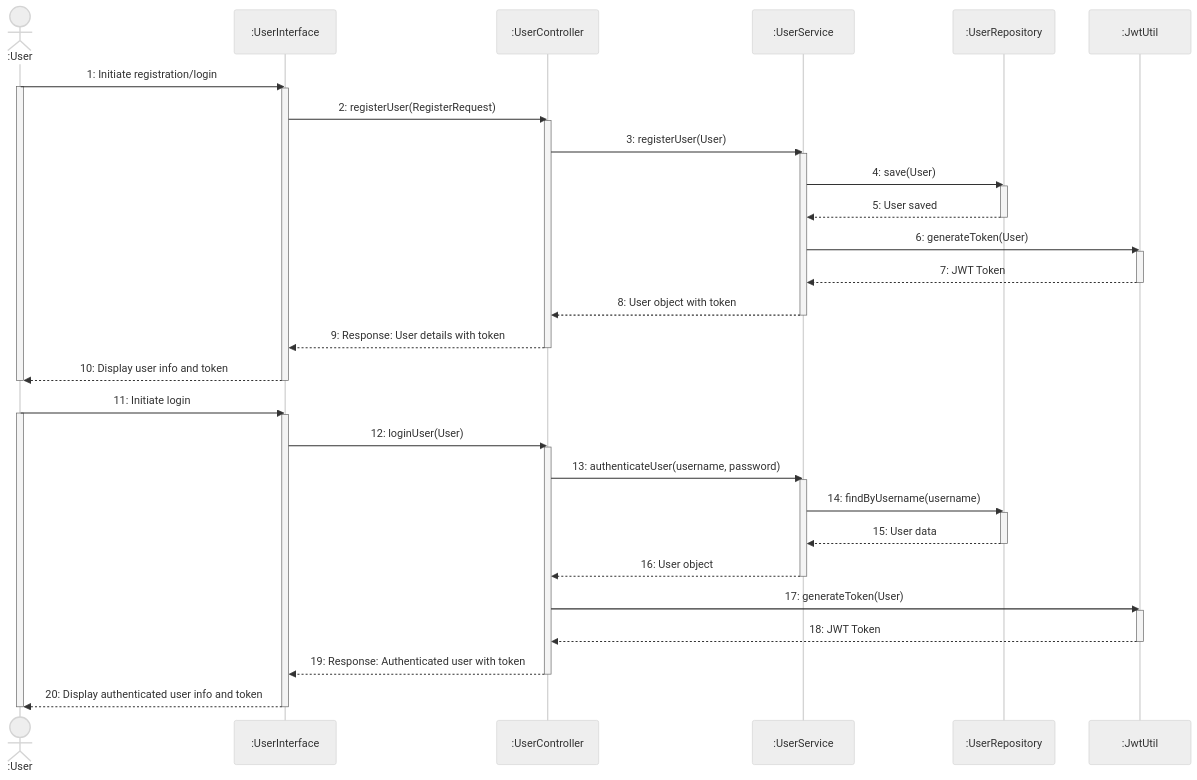
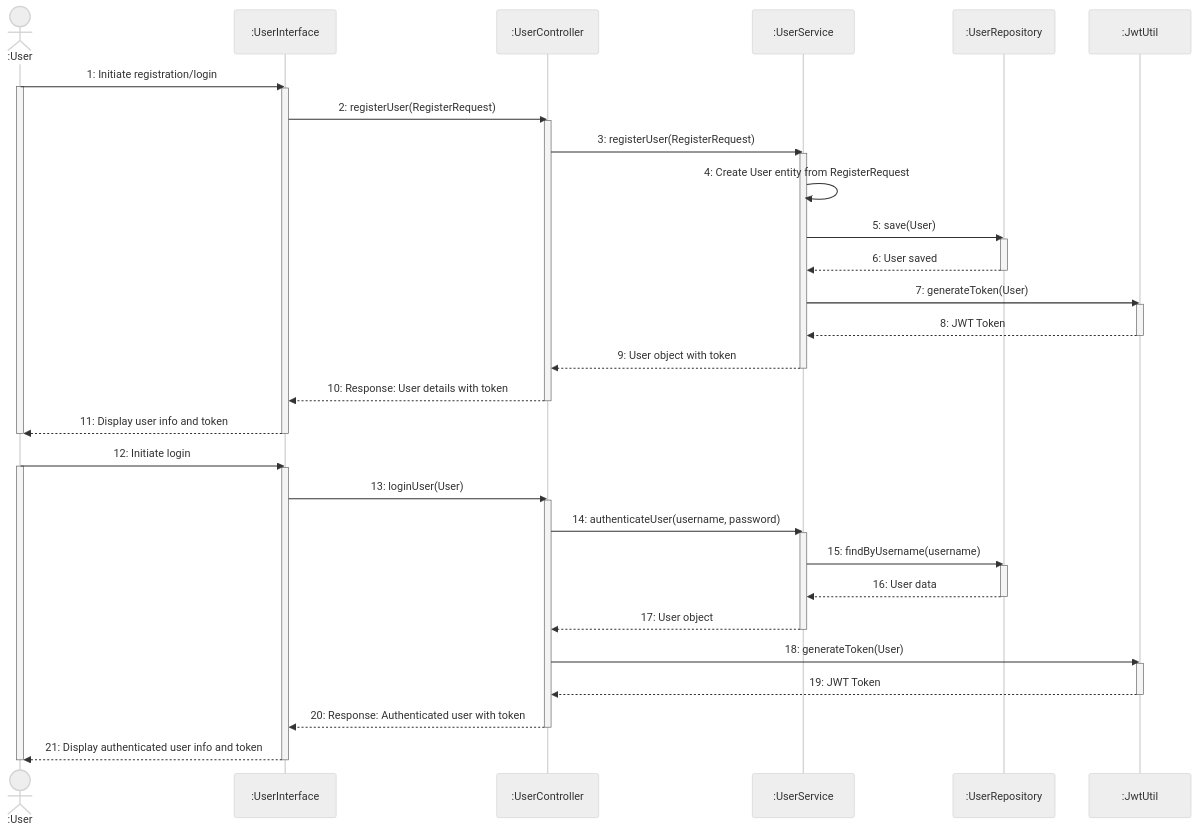
Before and after one commit to lightmon233/Memento: the third of 14 diagrams in README.md, drawn with Mermaid (neutral theme). The commit also changed other lines of this file, not shown here.

````diff
--- a/README.md
+++ b/README.md
@@ -156,53 +156,55 @@
 ```mermaid
 sequenceDiagram
     actor User as :User
     participant UserInterface as :UserInterface
     participant UserController as :UserController
     participant UserService as :UserService
     participant UserRepository as :UserRepository
     participant JwtUtil as :JwtUtil
     User->>UserInterface: 1: Initiate registration/login
     activate User
     activate UserInterface
     UserInterface->>UserController: 2: registerUser(RegisterRequest)
     activate UserController
-    UserController->>UserService: 3: registerUser(User)
+    UserController->>UserService: 3: registerUser(RegisterRequest)
     activate UserService
-    UserService->>UserRepository: 4: save(User)
+    UserService->>UserService: 4: Create User entity from RegisterRequest
+    UserService->>UserRepository: 5: save(User)
     activate UserRepository
-    UserRepository-->>UserService: 5: User saved
+    UserRepository-->>UserService: 6: User saved
     deactivate UserRepository
-    UserService->>JwtUtil: 6: generateToken(User)
+    UserService->>JwtUtil: 7: generateToken(User)
     activate JwtUtil
-    JwtUtil-->>UserService: 7: JWT Token
+    JwtUtil-->>UserService: 8: JWT Token
     deactivate JwtUtil
-    UserService-->>UserController: 8: User object with token
+    UserService-->>UserController: 9: User object with token
     deactivate UserService
-    UserController-->>UserInterface: 9: Response: User details with token
+    UserController-->>UserInterface: 10: Response: User details with token
     deactivate UserController
-    UserInterface-->>User: 10: Display user info and token
+    UserInterface-->>User: 11: Display user info and token
     deactivate UserInterface
     deactivate User
-    User->>UserInterface: 11: Initiate login
+    User->>UserInterface: 12: Initiate login
     activate User
     activate UserInterface
-    UserInterface->>UserController: 12: loginUser(User)
+    UserInterface->>UserController: 13: loginUser(User)
     activate UserController
-    UserController->>UserService: 13: authenticateUser(username, password)
+    UserController->>UserService: 14: authenticateUser(username, password)
     activate UserService
-    UserService->>UserRepository: 14: findByUsername(username)
+    UserService->>UserRepository: 15: findByUsername(username)
     activate UserRepository
-    UserRepository-->>UserService: 15: User data
+    UserRepository-->>UserService: 16: User data
     deactivate UserRepository
-    UserService-->>UserController: 16: User object
+    UserService-->>UserController: 17: User object
     deactivate UserService
-    UserController->>JwtUtil: 17: generateToken(User)
+    UserController->>JwtUtil: 18: generateToken(User)
     activate JwtUtil
-    JwtUtil-->>UserController: 18: JWT Token
+    JwtUtil-->>UserController: 19: JWT Token
     deactivate JwtUtil
-    UserController-->>UserInterface: 19: Response: Authenticated user with token
+    UserController-->>UserInterface: 20: Response: Authenticated user with token
     deactivate UserController
-    UserInterface-->>User: 20: Display authenticated user info and token
+    UserInterface-->>User: 21: Display authenticated user info and token
     deactivate UserInterface
     deactivate User
+
 ```
````
